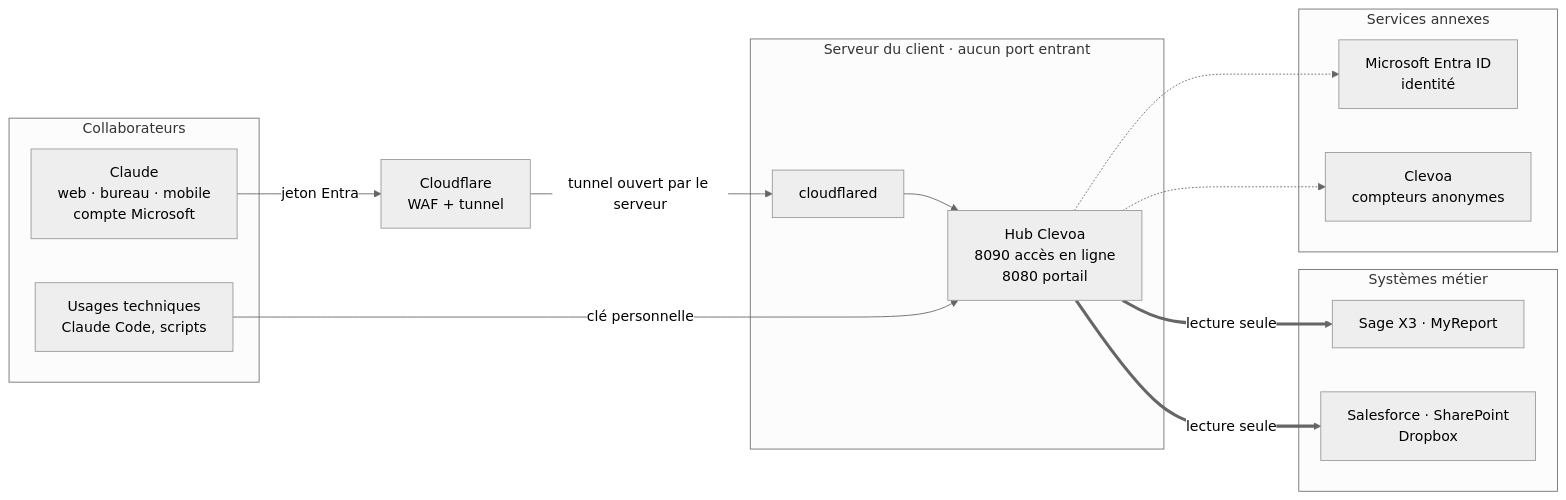
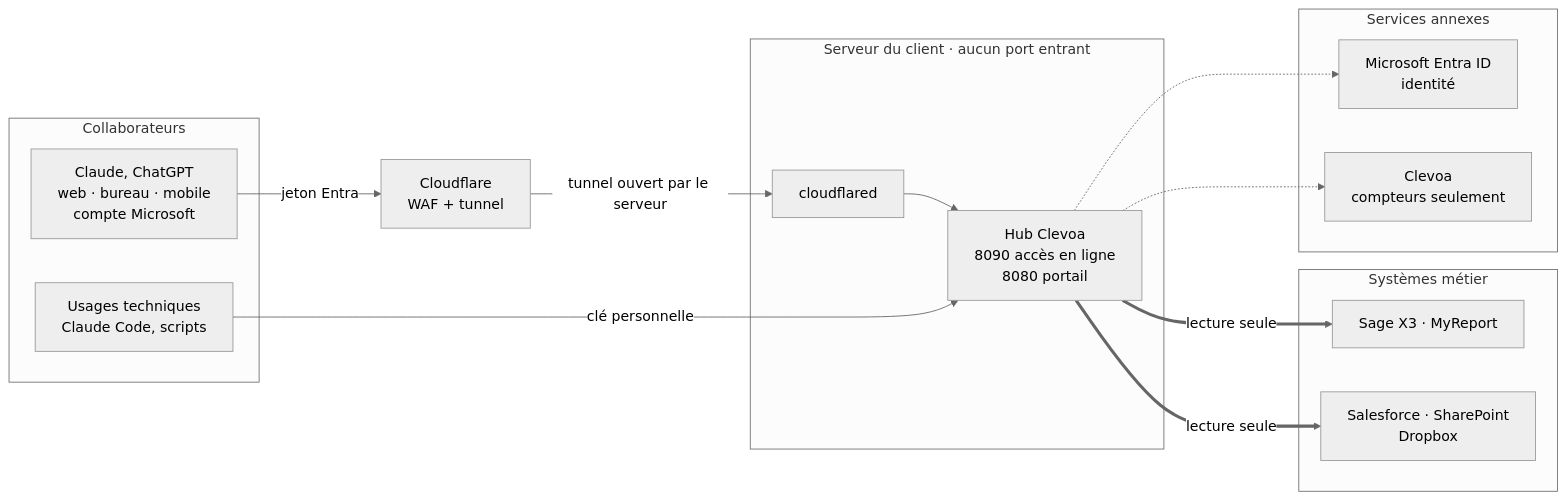
Before and after one commit to sirkazey/Clevoa-IA-gateway: the diagram in docs/developer/architecture.md, drawn with Mermaid (neutral theme). The commit also changed other lines of this file and 24 other files, not shown here.

````diff
--- a/docs/developer/architecture.md
+++ b/docs/developer/architecture.md
@@ -11,29 +11,29 @@
 ```mermaid
 flowchart LR
     subgraph U["Collaborateurs"]
-        W["Claude<br/>web · bureau · mobile<br/>compte Microsoft"]
+        W["Claude, ChatGPT<br/>web · bureau · mobile<br/>compte Microsoft"]
         D["Usages techniques<br/>Claude Code, scripts"]
     end
     T["Cloudflare<br/>WAF + tunnel"]
     subgraph CL["Serveur du client · aucun port entrant"]
         CD["cloudflared"]
         H["Hub Clevoa<br/>8090 accès en ligne<br/>8080 portail"]
     end
     subgraph S["Systèmes métier"]
         X3["Sage X3 · MyReport"]
         SA["Salesforce · SharePoint<br/>Dropbox"]
     end
     subgraph EXT["Services annexes"]
         E["Microsoft Entra ID<br/>identité"]
-        CV["Clevoa<br/>compteurs anonymes"]
+        CV["Clevoa<br/>compteurs seulement"]
     end
 
     W -->|"jeton Entra"| T
     T -->|"tunnel ouvert par le serveur"| CD
     CD --> H
     D -->|"clé personnelle"| H
     H ==>|"lecture seule"| X3
     H ==>|"lecture seule"| SA
     H -.-> E
     H -.-> CV
 ```
````
